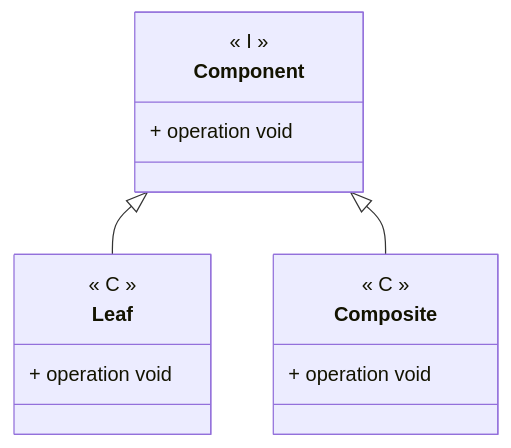
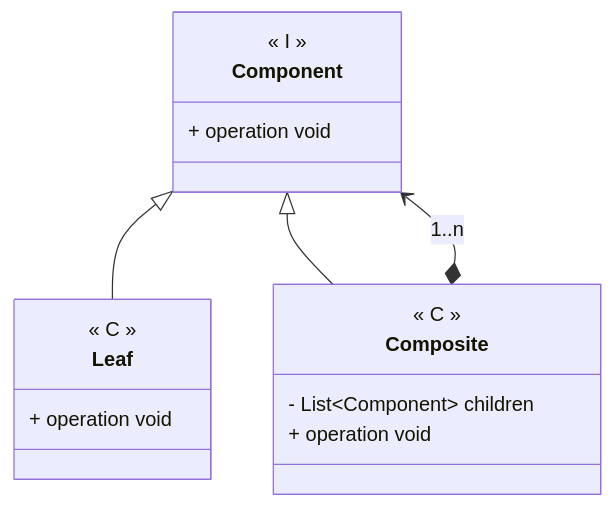
The diagram in Programming/Patterns/data/Composite.md (angelromarco04/MyNotes), drawn with Mermaid before and after one commit. The commit also changed 3 other files, not shown here.

````diff
--- a/Programming/Patterns/data/Composite.md
+++ b/Programming/Patterns/data/Composite.md
@@ -26,21 +26,23 @@
 ```mermaid
 classDiagram
 direction TB
 Component <|-- Leaf
 Component <|-- Composite
+Composite *--> Component : 1..n
 
 class Component {
 	<< I >>
 	+ operation void
 }
 
 class Leaf {
 	<< C >>
 	+ operation void
 }
 
 class Composite {
 	<< C >>
+	- List~Component~ children
 	+ operation void
 }
 ```
````
